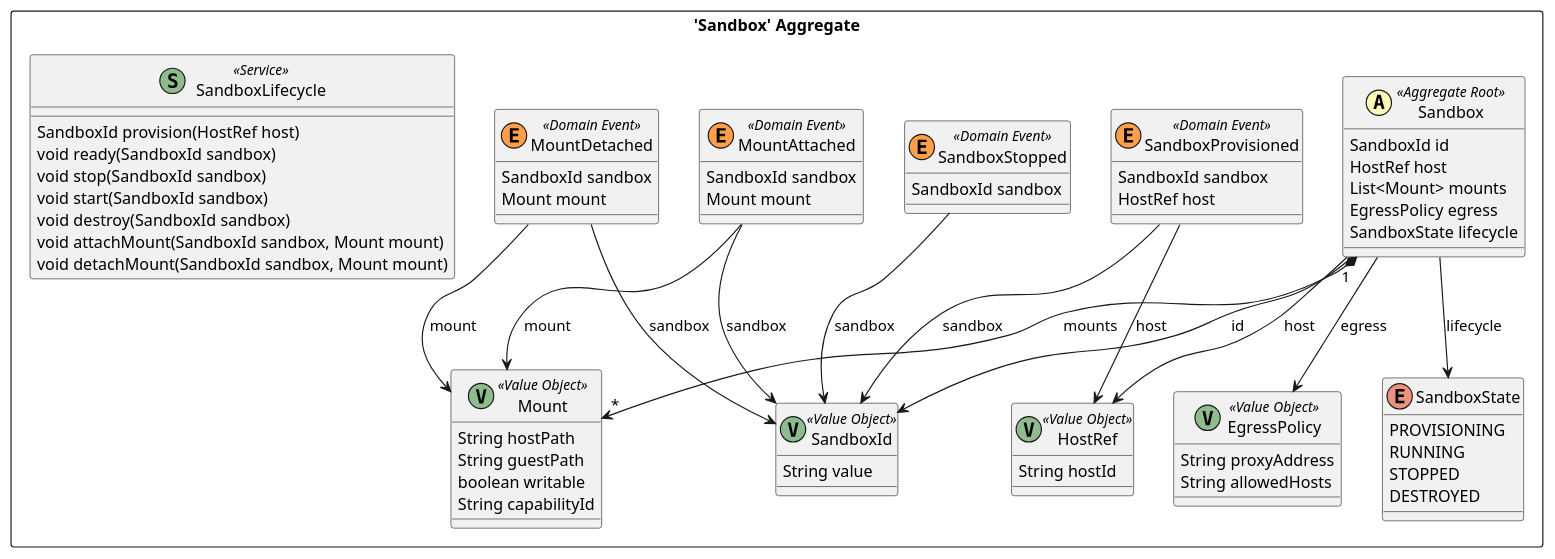
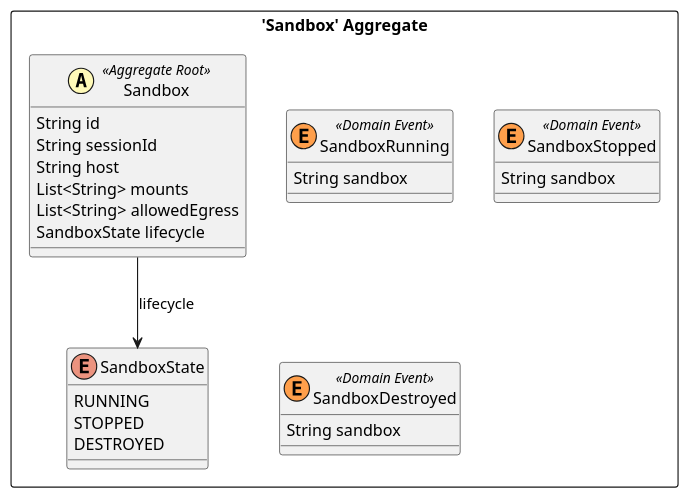
The diagram in domain/out/agent-hypervisor_BC_Isolation_Sandbox.puml (phibkro/agent-hypervisor), drawn with PlantUML before and after one commit. The commit also changed 42 other files, not shown here.

First line of the commit message:
Domain model draft 4: discovery pass (user stories, subdomain nouns, lifecycle flows), four contexts

```diff
--- a/domain/out/agent-hypervisor_BC_Isolation_Sandbox.puml
+++ b/domain/out/agent-hypervisor_BC_Isolation_Sandbox.puml
@@ -1,74 +1,32 @@
 @startuml
 
 skinparam componentStyle uml2
 
 package "'Sandbox' Aggregate" <<Rectangle>> {
 	class Sandbox <<(A,#fffab8) Aggregate Root>> {
-		SandboxId id
-		HostRef host
-		List<Mount> mounts
-		EgressPolicy egress
+		String id
+		String sessionId
+		String host
+		List<String> mounts
+		List<String> allowedEgress
 		SandboxState lifecycle
 	}
-	class SandboxId <<(V,DarkSeaGreen) Value Object>> {
-		String value
-	}
-	class HostRef <<(V,DarkSeaGreen) Value Object>> {
-		String hostId
-	}
-	class Mount <<(V,DarkSeaGreen) Value Object>> {
-		String hostPath
-		String guestPath
-		boolean writable
-		String capabilityId
-	}
-	class EgressPolicy <<(V,DarkSeaGreen) Value Object>> {
-		String proxyAddress
-		String allowedHosts
-	}
 	enum SandboxState {
-		PROVISIONING
 		RUNNING
 		STOPPED
 		DESTROYED
 	}
-	class SandboxProvisioned <<(E,#ff9f4b) Domain Event>> {
-		SandboxId sandbox
-		HostRef host
+	class SandboxRunning <<(E,#ff9f4b) Domain Event>> {
+		String sandbox
 	}
 	class SandboxStopped <<(E,#ff9f4b) Domain Event>> {
-		SandboxId sandbox
+		String sandbox
 	}
-	class MountAttached <<(E,#ff9f4b) Domain Event>> {
-		SandboxId sandbox
-		Mount mount
-	}
-	class MountDetached <<(E,#ff9f4b) Domain Event>> {
-		SandboxId sandbox
-		Mount mount
-	}
-	class SandboxLifecycle <<(S,DarkSeaGreen) Service>> {
-		SandboxId provision(HostRef host)
-		void ready(SandboxId sandbox)
-		void stop(SandboxId sandbox)
-		void start(SandboxId sandbox)
-		void destroy(SandboxId sandbox)
-		void attachMount(SandboxId sandbox, Mount mount)
-		void detachMount(SandboxId sandbox, Mount mount)
+	class SandboxDestroyed <<(E,#ff9f4b) Domain Event>> {
+		String sandbox
 	}
 }
-Sandbox --> HostRef : host
 Sandbox --> SandboxState : lifecycle
-SandboxProvisioned --> SandboxId : sandbox
-SandboxProvisioned --> HostRef : host
-Sandbox --> SandboxId : id
-Sandbox "1" *--> "*" Mount : mounts
-MountAttached --> SandboxId : sandbox
-MountDetached --> Mount : mount
-Sandbox --> EgressPolicy : egress
-SandboxStopped --> SandboxId : sandbox
-MountAttached --> Mount : mount
-MountDetached --> SandboxId : sandbox
 
 
 @enduml
```
